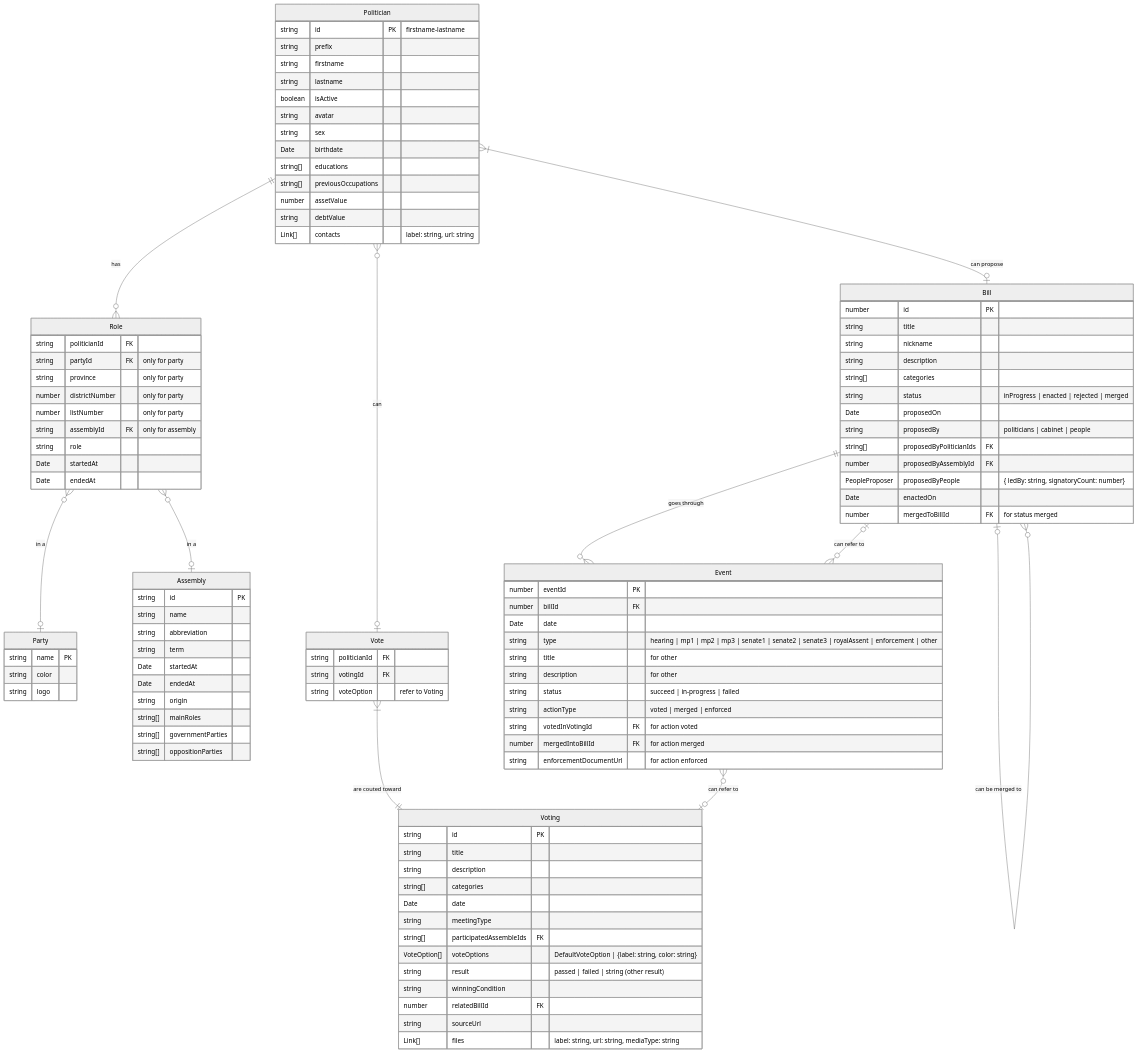
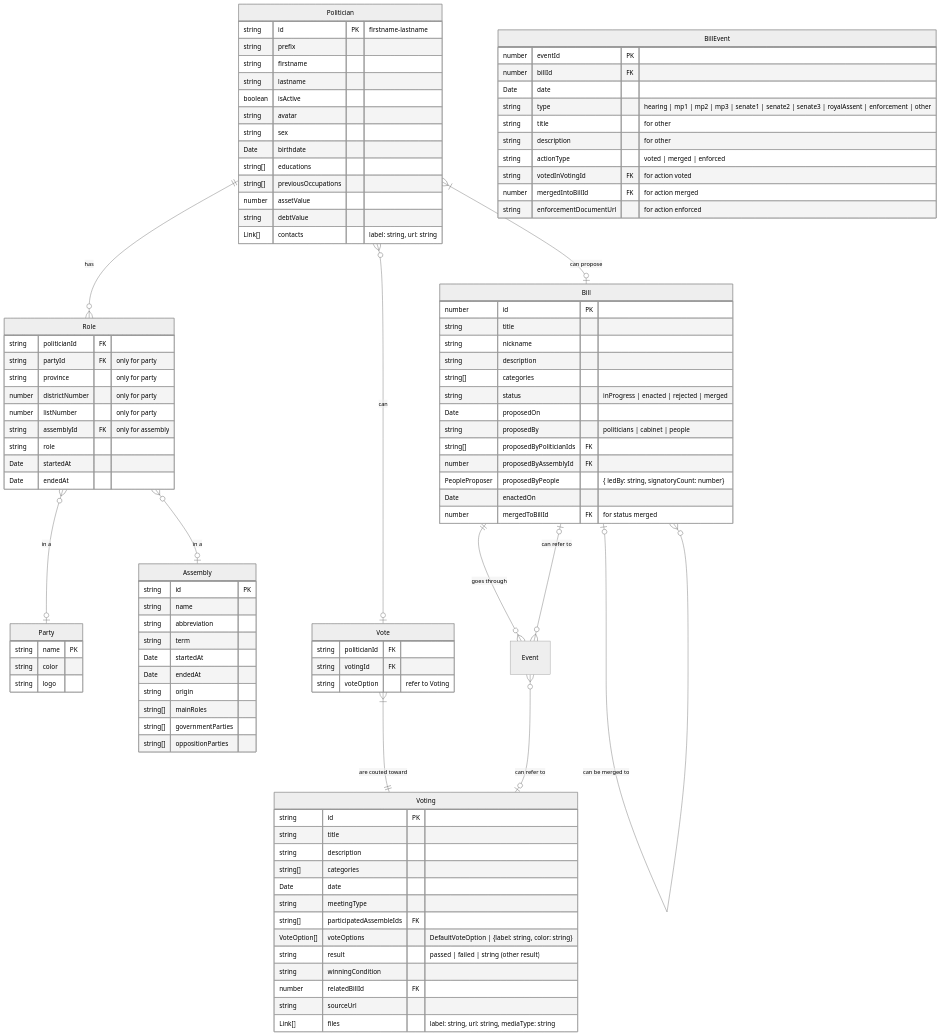
Before and after one commit to wevisdemo/parliament-watch: the diagram in src/models/README.md, drawn with Mermaid (neutral theme). The commit also changed 5 other files, not shown here.

Commit message:
feat(wev-15): rename Event to BillEvent and remove status property

```diff
--- a/src/models/README.md
+++ b/src/models/README.md
@@ -98,14 +98,13 @@
     string voteOption "refer to Voting"
   }
 
-  Event {
+  BillEvent {
     number eventId PK
     number billId FK
     Date date
     string type "hearing | mp1 | mp2 | mp3 | senate1 | senate2 | senate3 | royalAssent | enforcement | other"
     string title "for other"
     string description "for other"
-    string status "succeed | in-progress | failed"
     string actionType "voted | merged | enforced"
     string votedInVotingId FK "for action voted"
     number mergedIntoBillId FK "for action merged"
```
